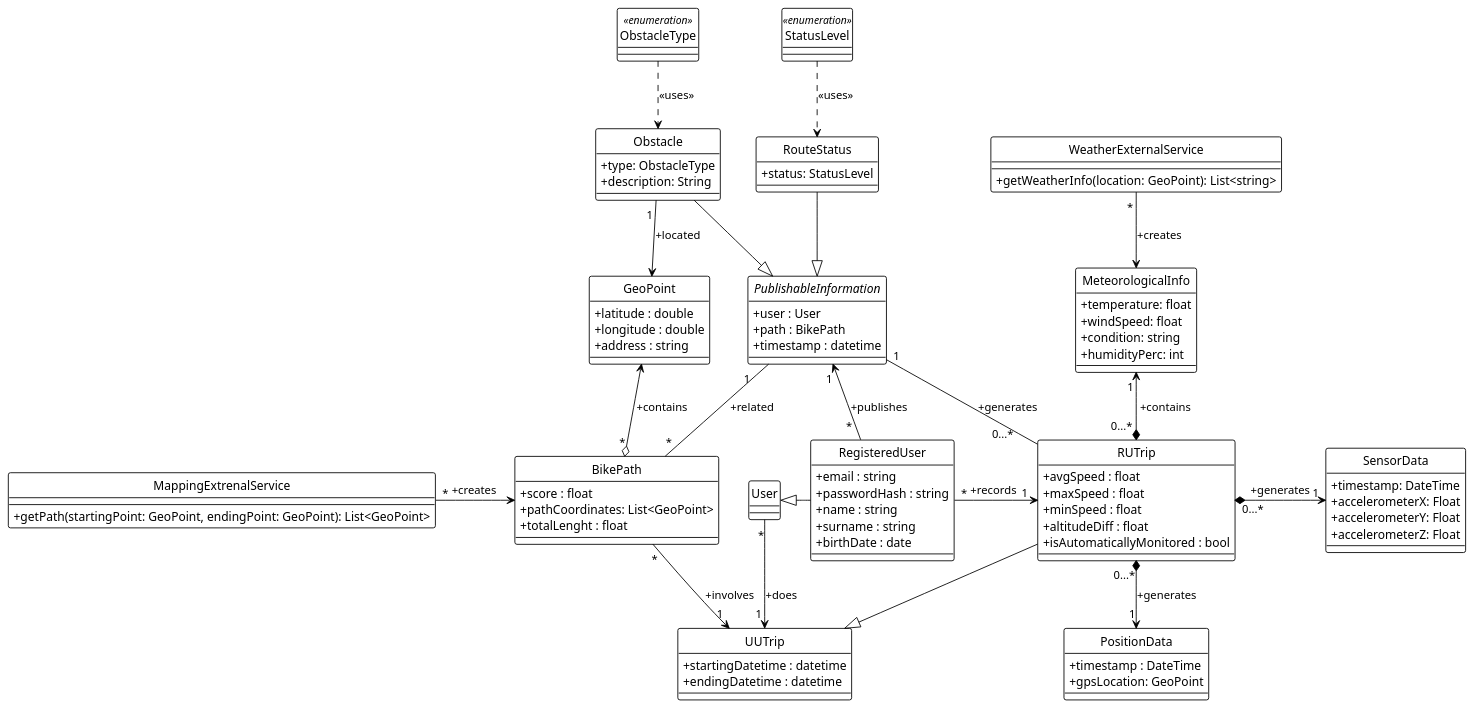
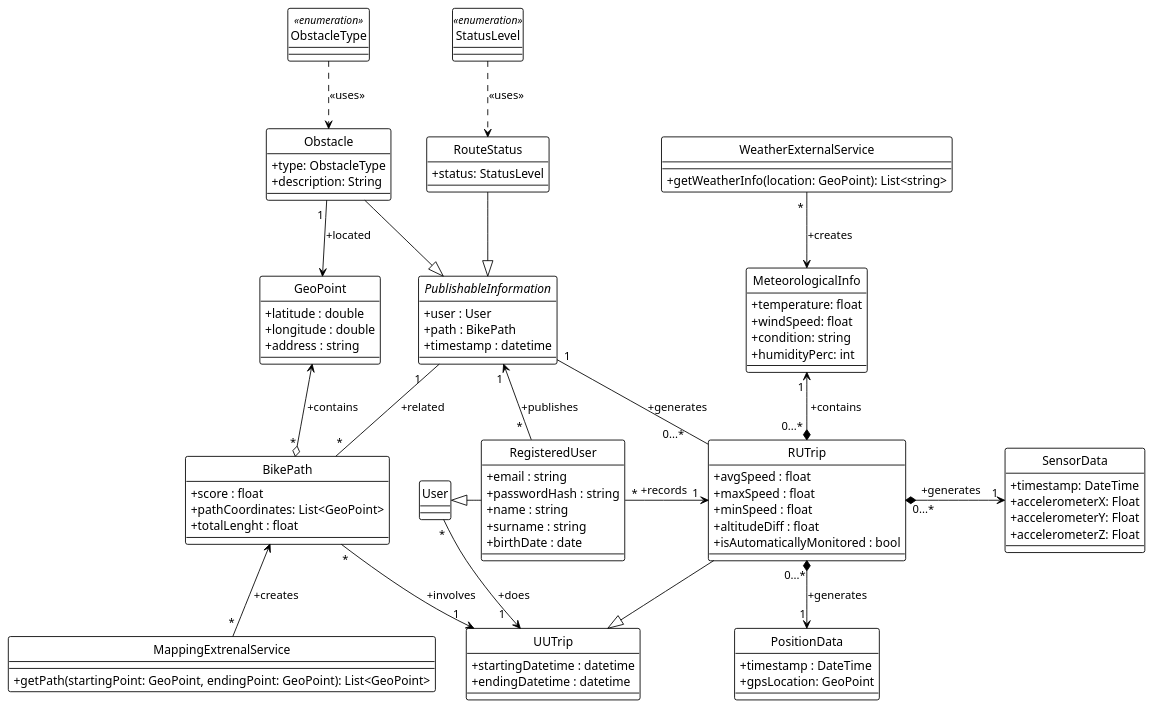
One commit to Guflie/PoliMi-SWE2-RDD-project changed the diagram in diagrams/class_diagram.puml. Above: the diagram before and after it, drawn with PlantUML. The commit also changed 2 other files, not shown here.

Commit message:
[RASD] Improved Domain Class Diagram elements organization

```diff
--- a/diagrams/class_diagram.puml
+++ b/diagrams/class_diagram.puml
@@ -1,133 +1,133 @@
 @startuml domain_class_diagram_v2
 !theme plain
 
 ' switch to std UML notation for visibility
 skinparam classAttributeIconSize 0
 
 
 hide circle
 
 ' --- Abstract Class ---
 abstract class "PublishableInformation" as pi {
 + user : User
 + path : BikePath
 + timestamp : datetime 
 }
 
 ' --- Enumerations ---
 ' I dont' know if giving this effort on classifyng the cases is woth or not
 enum "ObstacleType" as ot << enumeration >> { }
 
 ' Same thing as before
 enum "StatusLevel" as sl << enumeration >> { }
 
 ' --- Classes ---
 class "GeoPoint" as gp {
 + latitude : double
 + longitude : double
 + address : string
 }
 
 class "User" as u { }
 
 class "RegisteredUser" as ru {
 + email : string
 + passwordHash : string
 + name : string
 + surname : string
 + birthDate : date
 }
 
 class "RUTrip" as rut {
 + avgSpeed : float
 + maxSpeed : float
 + minSpeed : float
 + altitudeDiff : float
 + isAutomaticallyMonitored : bool
 }
 
 class "UUTrip" as ut {
 + startingDatetime : datetime
 + endingDatetime : datetime
 }
 
 class "MeteorologicalInfo" as mi {
 + temperature: float 
 + windSpeed: float
 + condition: string
 + humidityPerc: int
 }
 
 class "SensorData" as sd {
 + timestamp: DateTime
 + accelerometerX: Float
 + accelerometerY: Float
 + accelerometerZ: Float
 }
 
 class "PositionData" as pd {
 +timestamp : DateTime
 + gpsLocation: GeoPoint
 }
 
 class "BikePath" as bp {
 + score : float
 + pathCoordinates: List<GeoPoint>
 + totalLenght : float
 }
 
 class "Obstacle" as o {
 + type: ObstacleType
 + description: String
 }
 
 class "RouteStatus" as rs {
 + status: StatusLevel
 }
 
 entity "MappingExtrenalService" as ms {
 + getPath(startingPoint: GeoPoint, endingPoint: GeoPoint): List<GeoPoint>
 }
 
 entity "WeatherExternalService" as ws {
 + getWeatherInfo(location: GeoPoint): List<string>
 }
 
 ' --- Relationships ---
 ' Following relationships are listed in this way in order to make the diagram clearer
 
-ms "*" ->  bp : "+creates "
+'ms "*" ->  bp : "+creates "
+bp <-- "*" ms : "+creates"
 
-
-bp "*" --> " 1" ut : "+involves "
+bp "*" --> "  1" ut : "+involves "
 
 rut --|> ut
 
-u "*" --> "1 " ut : "+does"
+u "*" --> "1   " ut : "+does"
 
 ru "*" -> "1 " rut : "+records  "
 
 u <|- ru
 
 pi "1    " -- "*" bp : "+related"
 
 pi "1" -- "0...*      " rut : "+generates"
 
 gp <--o "*" bp : "+contains"
 
 rs --|> pi
 o --|> pi
 
 sl ..> rs : <<uses>>
 ot ..> o : <<uses>>
 
 o "1 " --> gp : "+located"
 
 pi "1 " <-- " *  " ru : "+publishes"
 
 mi "1 " <--* "0...* " rut : " +contains"
 ws " * " --> mi : "+creates"
-rut "0...*" *-> "  1" sd : "+generates"
+rut "0...*" *-> "1" sd : "+generates   "
 rut "0...*" *--> "  1" pd : "+generates"
 
 @enduml
```
